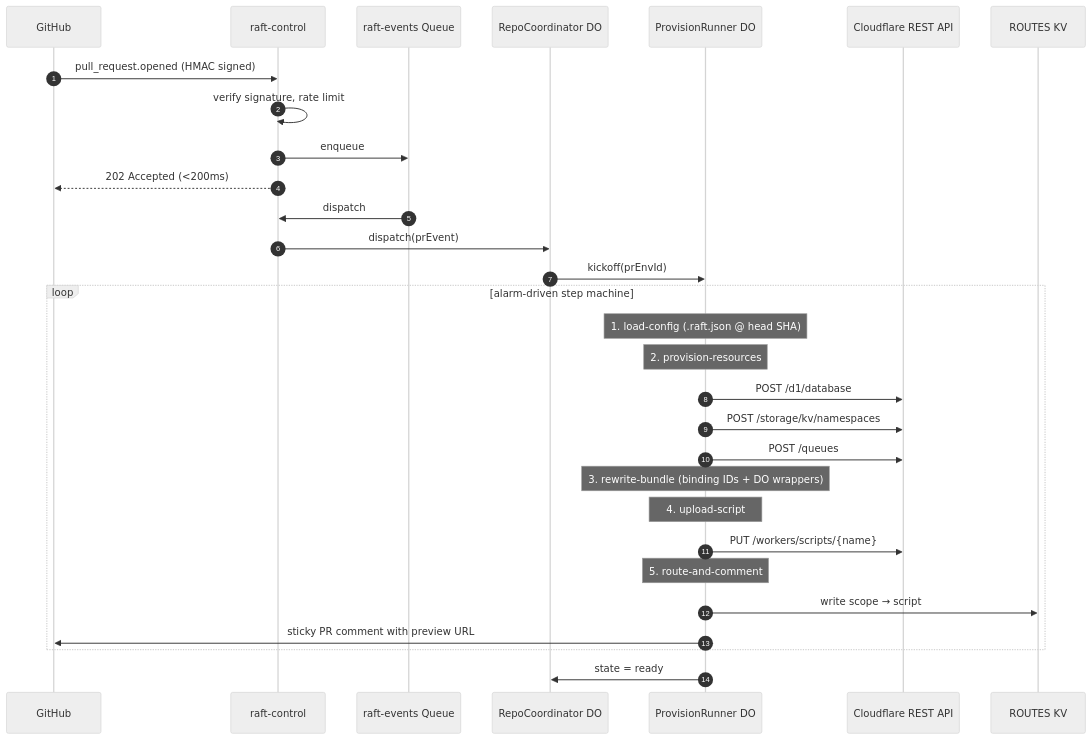
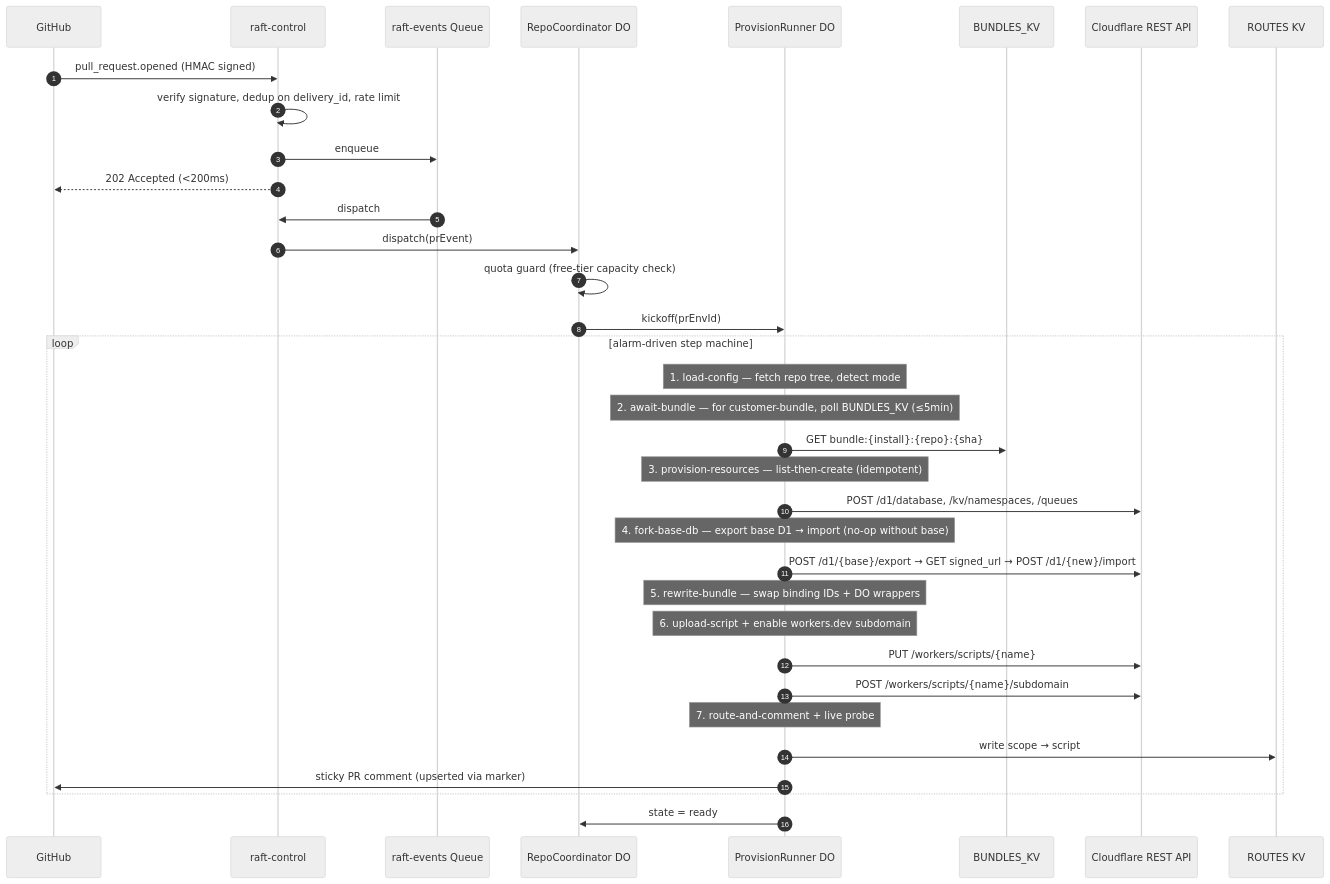
One commit to Adi-gitX/Rift changed the second of 3 diagrams in README.md. Above: the diagram before and after it, drawn with Mermaid (neutral theme). The commit also changed other lines of this file, not shown here.

````diff
--- a/README.md
+++ b/README.md
@@ -111,36 +126,41 @@
 ```mermaid
 sequenceDiagram
   autonumber
   participant GH as GitHub
   participant CTL as raft-control
   participant Q as raft-events Queue
   participant REPO as RepoCoordinator DO
   participant PROV as ProvisionRunner DO
+  participant KV as BUNDLES_KV
   participant CF as Cloudflare REST API
   participant ROUTES as ROUTES KV
 
   GH->>CTL: pull_request.opened (HMAC signed)
-  CTL->>CTL: verify signature, rate limit
+  CTL->>CTL: verify signature, dedup on delivery_id, rate limit
   CTL->>Q: enqueue
   CTL-->>GH: 202 Accepted (<200ms)
 
   Q->>CTL: dispatch
   CTL->>REPO: dispatch(prEvent)
+  REPO->>REPO: quota guard (free-tier capacity check)
   REPO->>PROV: kickoff(prEnvId)
 
   loop alarm-driven step machine
-    Note over PROV: 1. load-config (.raft.json @ head SHA)
-    Note over PROV: 2. provision-resources
-    PROV->>CF: POST /d1/database
-    PROV->>CF: POST /storage/kv/namespaces
-    PROV->>CF: POST /queues
-    Note over PROV: 3. rewrite-bundle (binding IDs + DO wrappers)
-    Note over PROV: 4. upload-script
+    Note over PROV: 1. load-config — fetch repo tree, detect mode
+    Note over PROV: 2. await-bundle — for customer-bundle, poll BUNDLES_KV (≤5min)
+    PROV->>KV: GET bundle:{install}:{repo}:{sha}
+    Note over PROV: 3. provision-resources — list-then-create (idempotent)
+    PROV->>CF: POST /d1/database, /kv/namespaces, /queues
+    Note over PROV: 4. fork-base-db — export base D1 → import (no-op without base)
+    PROV->>CF: POST /d1/{base}/export → GET signed_url → POST /d1/{new}/import
+    Note over PROV: 5. rewrite-bundle — swap binding IDs + DO wrappers
+    Note over PROV: 6. upload-script + enable workers.dev subdomain
     PROV->>CF: PUT /workers/scripts/{name}
-    Note over PROV: 5. route-and-comment
+    PROV->>CF: POST /workers/scripts/{name}/subdomain
+    Note over PROV: 7. route-and-comment + live probe
     PROV->>ROUTES: write scope → script
-    PROV->>GH: sticky PR comment with preview URL
+    PROV->>GH: sticky PR comment (upserted via marker)
   end
 
   PROV->>REPO: state = ready
 ```
````
